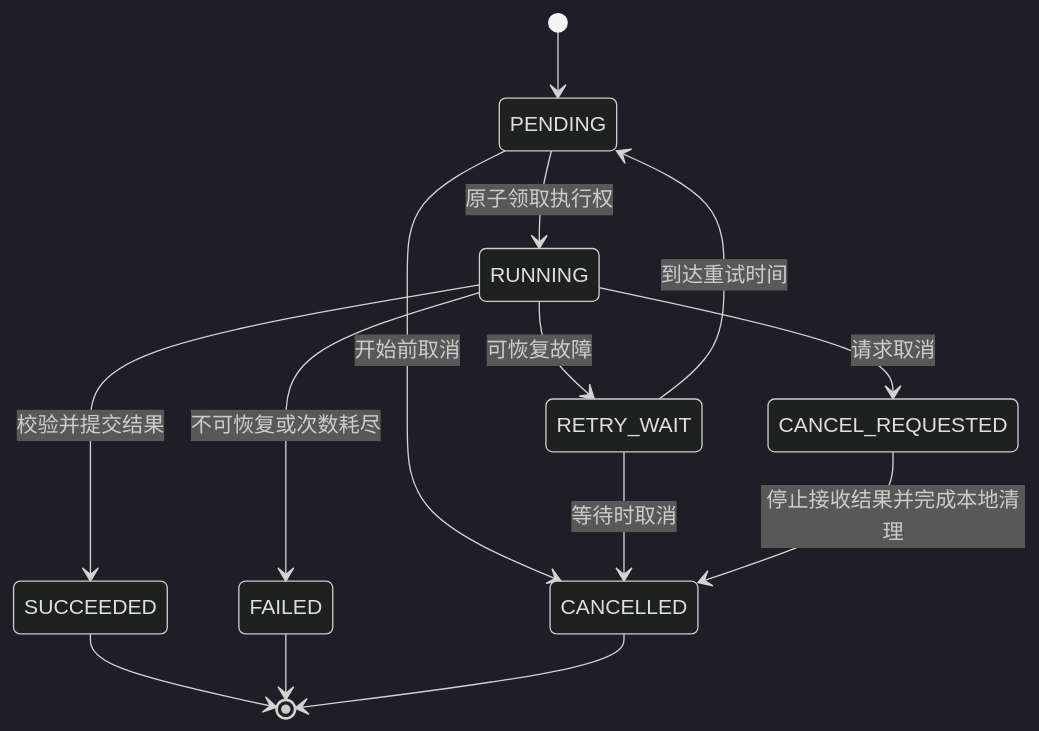
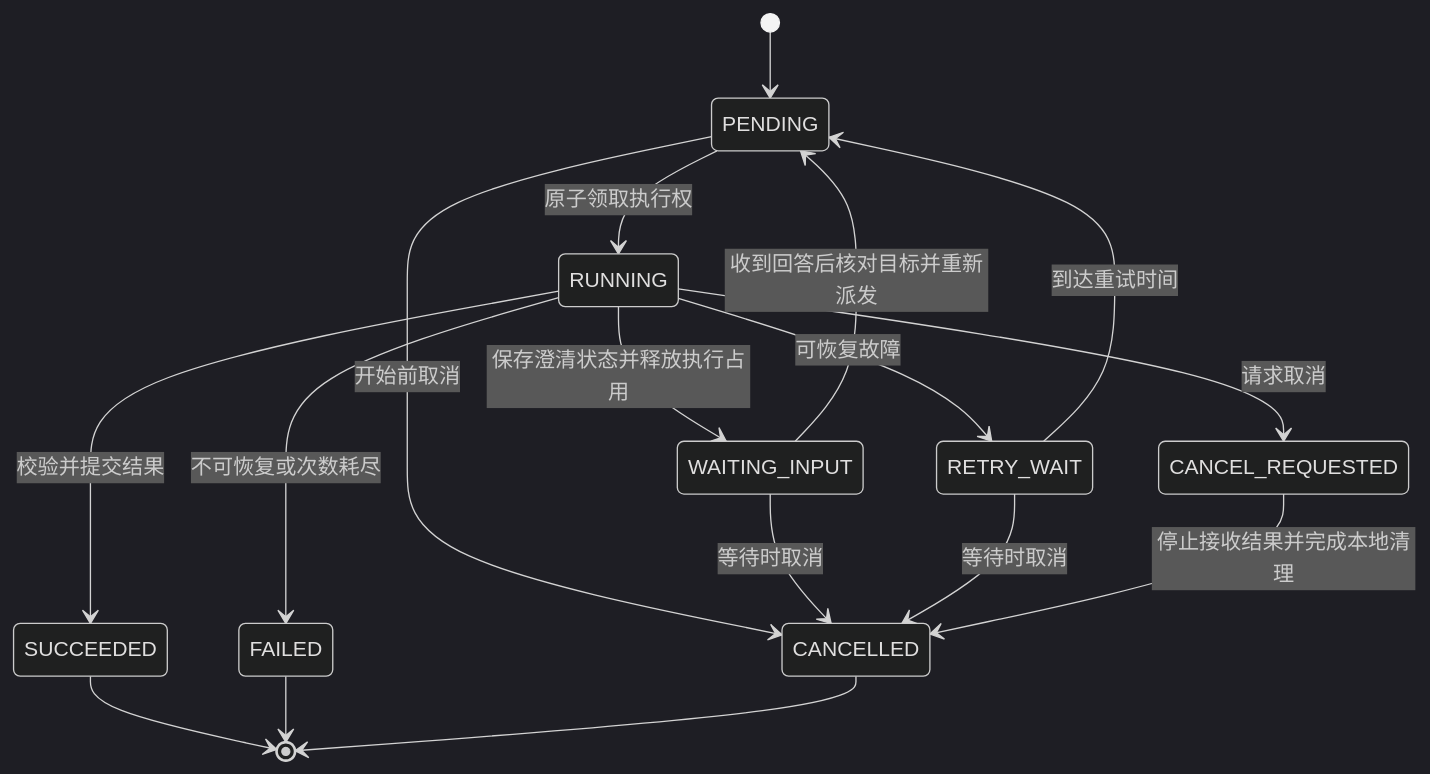
One commit to Hou1464851806/AgenticVideoProject changed the diagram in docs/task-protocol.md. Above: the diagram before and after it, drawn with Mermaid (dark theme). The commit also changed other lines of this file and 7 other files, not shown here.

````diff
--- a/docs/task-protocol.md
+++ b/docs/task-protocol.md
@@ -29,16 +29,19 @@
 ```mermaid
 stateDiagram-v2
     [*] --> PENDING
     PENDING --> RUNNING: 原子领取执行权
     PENDING --> CANCELLED: 开始前取消
     RUNNING --> SUCCEEDED: 校验并提交结果
     RUNNING --> RETRY_WAIT: 可恢复故障
+    RUNNING --> WAITING_INPUT: 保存澄清状态并释放执行占用
+    WAITING_INPUT --> PENDING: 收到回答后核对目标并重新派发
+    WAITING_INPUT --> CANCELLED: 等待时取消
     RETRY_WAIT --> PENDING: 到达重试时间
     RETRY_WAIT --> CANCELLED: 等待时取消
     RUNNING --> FAILED: 不可恢复或次数耗尽
     RUNNING --> CANCEL_REQUESTED: 请求取消
     CANCEL_REQUESTED --> CANCELLED: 停止接收结果并完成本地清理
     SUCCEEDED --> [*]
     FAILED --> [*]
     CANCELLED --> [*]
 ```
````
